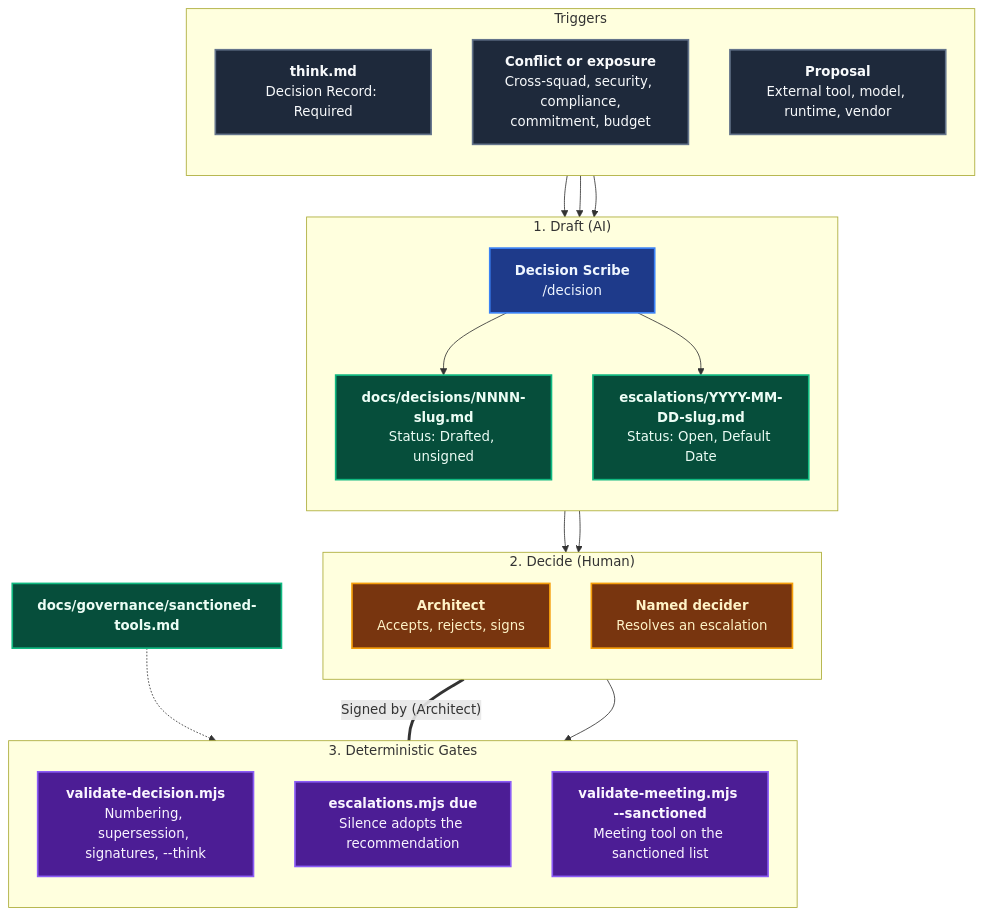
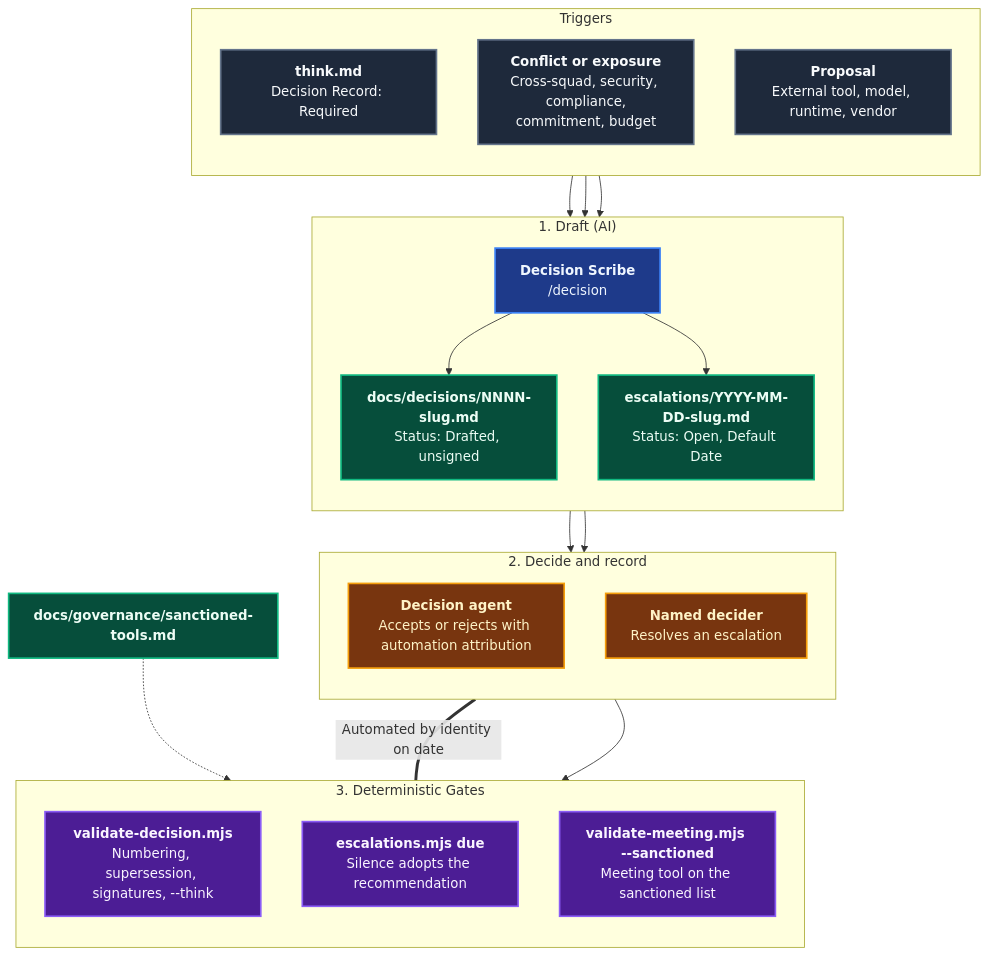
Before and after one commit to ALTEN-group/coding-pal: the diagram in website/docs/guide/domain-governance.md, drawn with Mermaid. The commit also changed other lines of this file and 45 other files, not shown here.

````diff
--- a/website/docs/guide/domain-governance.md
+++ b/website/docs/guide/domain-governance.md
@@ -11,55 +11,55 @@
 ```mermaid
 ---
 caption: Decision Rights, Records, and Their Validators
 ---
 flowchart TD
     subgraph Triggers ["Triggers"]
         direction TB
         THINK["<b>think.md</b><br/>Decision Record: Required"]
         CONF["<b>Conflict or exposure</b><br/>Cross-squad, security, compliance,<br/>commitment, budget"]
         PROP["<b>Proposal</b><br/>External tool, model, runtime, vendor"]
     end
 
     subgraph Draft ["1. Draft (AI)"]
         direction TB
         AG["<b>Decision Scribe</b><br/>/decision"]
         REC["<b>docs/decisions/NNNN-slug.md</b><br/>Status: Drafted, unsigned"]
         ESC["<b>escalations/YYYY-MM-DD-slug.md</b><br/>Status: Open, Default Date"]
         AG --> REC
         AG --> ESC
     end
 
-    subgraph Decide ["2. Decide (Human)"]
+    subgraph Decide ["2. Decide and record"]
         direction TB
-        ARCH["<b>Architect</b><br/>Accepts, rejects, signs"]
+        ARCH["<b>Decision agent</b><br/>Accepts or rejects with automation attribution"]
         OWN["<b>Named decider</b><br/>Resolves an escalation"]
     end
 
     subgraph Gates ["3. Deterministic Gates"]
         direction TB
         VAL["<b>validate-decision.mjs</b><br/>Numbering, supersession, signatures, --think"]
         DUE["<b>escalations.mjs due</b><br/>Silence adopts the recommendation"]
         SANC["<b>validate-meeting.mjs --sanctioned</b><br/>Meeting tool on the sanctioned list"]
     end
 
     THINK --> AG
     CONF --> AG
     PROP --> AG
     REC --> ARCH
     ESC --> OWN
-    ARCH ===|"Signed by (Architect)"| VAL
+    ARCH ===|"Automated by identity on date"| VAL
     OWN --> DUE
     LIST["<b>docs/governance/sanctioned-tools.md</b>"] -.-> SANC
 
     classDef stage fill:#1e3a8a,stroke:#3b82f6,stroke-width:2px,color:#eff6ff;
     classDef artifact fill:#064e3b,stroke:#10b981,stroke-width:2px,color:#ecfdf5;
     classDef input fill:#1e293b,stroke:#64748b,stroke-width:2px,color:#f8fafc;
     classDef human fill:#78350f,stroke:#f59e0b,stroke-width:2px,color:#fef3c7;
     classDef gate fill:#4c1d95,stroke:#8b5cf6,stroke-width:2px,color:#faf5ff;
 
     class THINK,CONF,PROP input;
     class AG stage;
     class REC,ESC,LIST artifact;
     class ARCH,OWN human;
     class VAL,DUE,SANC gate;
 ```
````
